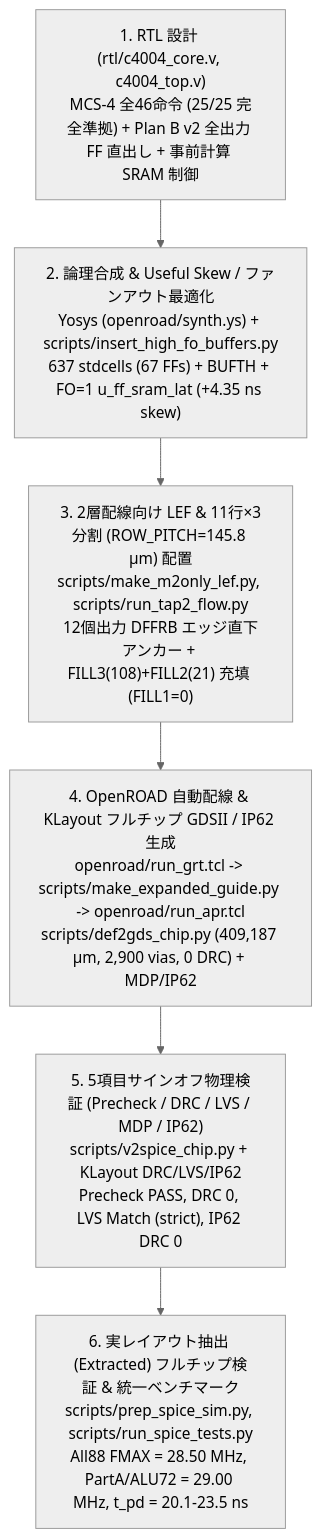
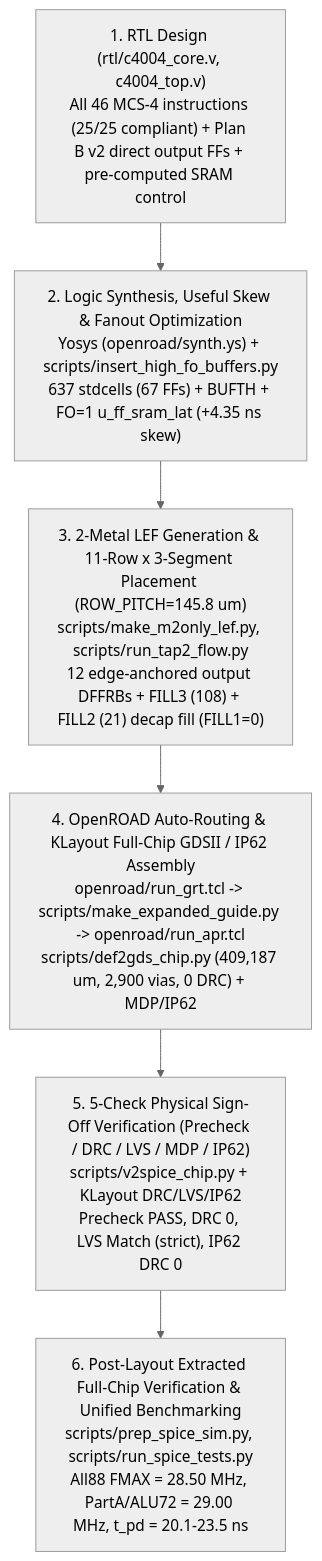
Before and after one commit to jun1okamura/TR-1um_C4004: the diagram in README.md, drawn with Mermaid (neutral theme). The commit also changed other lines of this file, not shown here.

````diff
--- a/README.md
+++ b/README.md
@@ -86,8 +86,19 @@
 ```mermaid
 flowchart TD
-    A["1. RTL 設計 (rtl/c4004_core.v, c4004_top.v)<br/>MCS-4 全46命令 (25/25 完全準拠) + Plan B v2 全出力 FF 直出し + 事前計算 SRAM 制御"] --> B["2. 論理合成 & Useful Skew / ファンアウト最適化<br/>Yosys (openroad/synth.ys) + scripts/insert_high_fo_buffers.py<br/>637 stdcells (67 FFs) + BUFTH + FO=1 u_ff_sram_lat (+4.35 ns skew)"]
-    B --> C["3. 2層配線向け LEF & 11行×3分割 (ROW_PITCH=145.8 µm) 配置<br/>scripts/make_m2only_lef.py, scripts/run_tap2_flow.py<br/>12個出力 DFFRB エッジ直下アンカー + FILL3(108)+FILL2(21) 充填 (FILL1=0)"]
-    C --> D["4. OpenROAD 自動配線 & KLayout フルチップ GDSII / IP62 生成<br/>openroad/run_grt.tcl -> scripts/make_expanded_guide.py -> openroad/run_apr.tcl<br/>scripts/def2gds_chip.py (409,187 µm, 2,900 vias, 0 DRC) + MDP/IP62"]
-    D --> E["5. 5項目サインオフ物理検証 (Precheck / DRC / LVS / MDP / IP62)<br/>scripts/v2spice_chip.py + KLayout DRC/LVS/IP62<br/>Precheck PASS, DRC 0, LVS Match (strict), IP62 DRC 0"]
-    E --> F["6. 実レイアウト抽出 (Extracted) フルチップ検証 & 統一ベンチマーク<br/>scripts/prep_spice_sim.py, scripts/run_spice_tests.py<br/>All88 FMAX = 28.50 MHz, PartA/ALU72 = 29.00 MHz, t_pd = 20.1-23.5 ns"]
+    A["1. RTL Design (rtl/c4004_core.v, c4004_top.v)
+All 46 MCS-4 instructions (25/25 compliant) + Plan B v2 direct output FFs + pre-computed SRAM control"] --> B["2. Logic Synthesis, Useful Skew & Fanout Optimization
+Yosys (openroad/synth.ys) + scripts/insert_high_fo_buffers.py
+637 stdcells (67 FFs) + BUFTH + FO=1 u_ff_sram_lat (+4.35 ns skew)"]
+    B --> C["3. 2-Metal LEF Generation & 11-Row x 3-Segment Placement (ROW_PITCH=145.8 um)
+scripts/make_m2only_lef.py, scripts/run_tap2_flow.py
+12 edge-anchored output DFFRBs + FILL3 (108) + FILL2 (21) decap fill (FILL1=0)"]
+    C --> D["4. OpenROAD Auto-Routing & KLayout Full-Chip GDSII / IP62 Assembly
+openroad/run_grt.tcl -> scripts/make_expanded_guide.py -> openroad/run_apr.tcl
+scripts/def2gds_chip.py (409,187 um, 2,900 vias, 0 DRC) + MDP/IP62"]
+    D --> E["5. 5-Check Physical Sign-Off Verification (Precheck / DRC / LVS / MDP / IP62)
+scripts/v2spice_chip.py + KLayout DRC/LVS/IP62
+Precheck PASS, DRC 0, LVS Match (strict), IP62 DRC 0"]
+    E --> F["6. Post-Layout Extracted Full-Chip Verification & Unified Benchmarking
+scripts/prep_spice_sim.py, scripts/run_spice_tests.py
+All88 FMAX = 28.50 MHz, PartA/ALU72 = 29.00 MHz, t_pd = 20.1-23.5 ns"]
 ```
````
